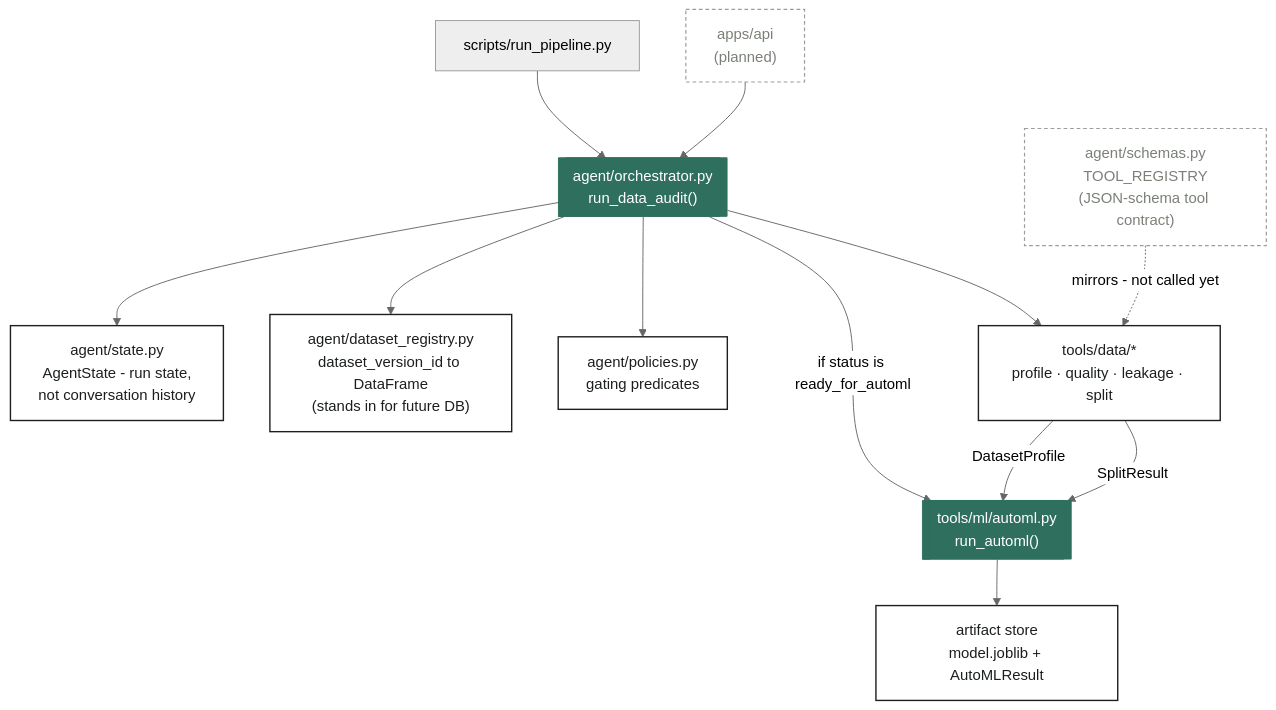
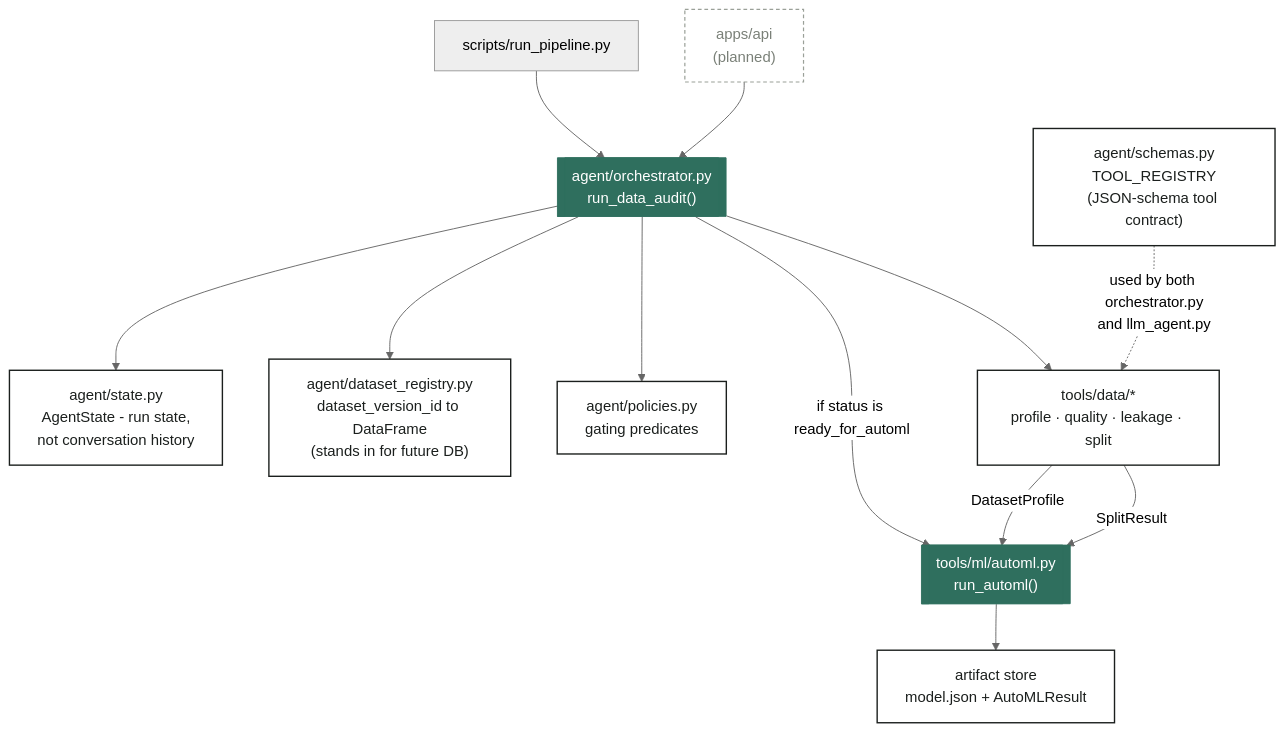
One commit to UMANGG2002/agenticml changed the second of 3 diagrams in docs/architecture.md. Above: the diagram before and after it, drawn with Mermaid (neutral theme). The commit also changed other lines of this file and 63 other files, not shown here.

````diff
--- a/docs/architecture.md
+++ b/docs/architecture.md
@@ -86,27 +88,27 @@
 ```mermaid
 flowchart TD
     CLI["scripts/run_pipeline.py"] --> ORC
     API["apps/api<br/>(planned)"]:::plan --> ORC
 
     ORC[["agent/orchestrator.py<br/>run_data_audit()"]]:::autom
 
     ORC --> STATE["agent/state.py<br/>AgentState - run state,<br/>not conversation history"]:::built
     ORC --> REG["agent/dataset_registry.py<br/>dataset_version_id to DataFrame<br/>(stands in for future DB)"]:::built
     ORC --> POL["agent/policies.py<br/>gating predicates"]:::built
     ORC --> DATA["tools/data/*<br/>profile · quality · leakage · split"]:::built
 
     ORC -->|"if status is ready_for_automl"| AUTOML
     AUTOML[["tools/ml/automl.py<br/>run_automl()"]]:::autom
 
     DATA -->|DatasetProfile| AUTOML
     DATA -->|SplitResult| AUTOML
 
-    AUTOML --> ART["artifact store<br/>model.joblib + AutoMLResult"]:::built
+    AUTOML --> ART["artifact store<br/>model.json + AutoMLResult"]:::built
 
-    SCHEMAS["agent/schemas.py<br/>TOOL_REGISTRY<br/>(JSON-schema tool contract)"]:::plan
-    SCHEMAS -. "mirrors - not called yet" .-> DATA
+    SCHEMAS["agent/schemas.py<br/>TOOL_REGISTRY<br/>(JSON-schema tool contract)"]:::built
+    SCHEMAS -. "used by both orchestrator.py<br/>and llm_agent.py" .-> DATA
 
     classDef built fill:#fff,stroke:#1B1F1D,stroke-width:1.5px,color:#1B1F1D;
     classDef autom fill:#2F6F5E,stroke:#2F6F5E,color:#fff;
     classDef plan fill:none,stroke:#9AA098,stroke-width:1.3px,stroke-dasharray:4 3,color:#7A8078;
 ```
````
